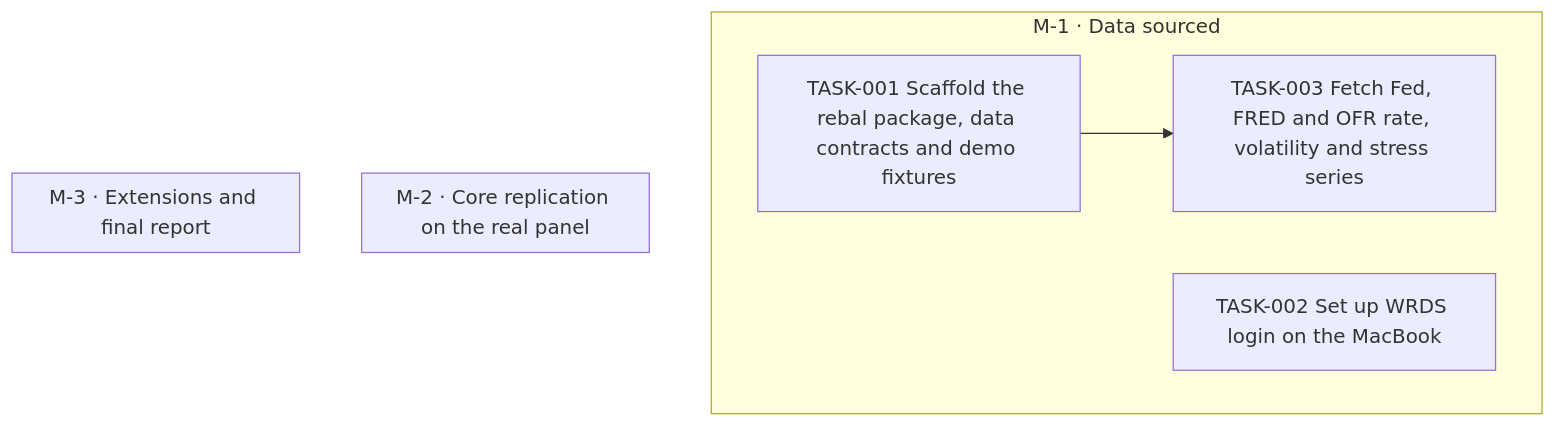
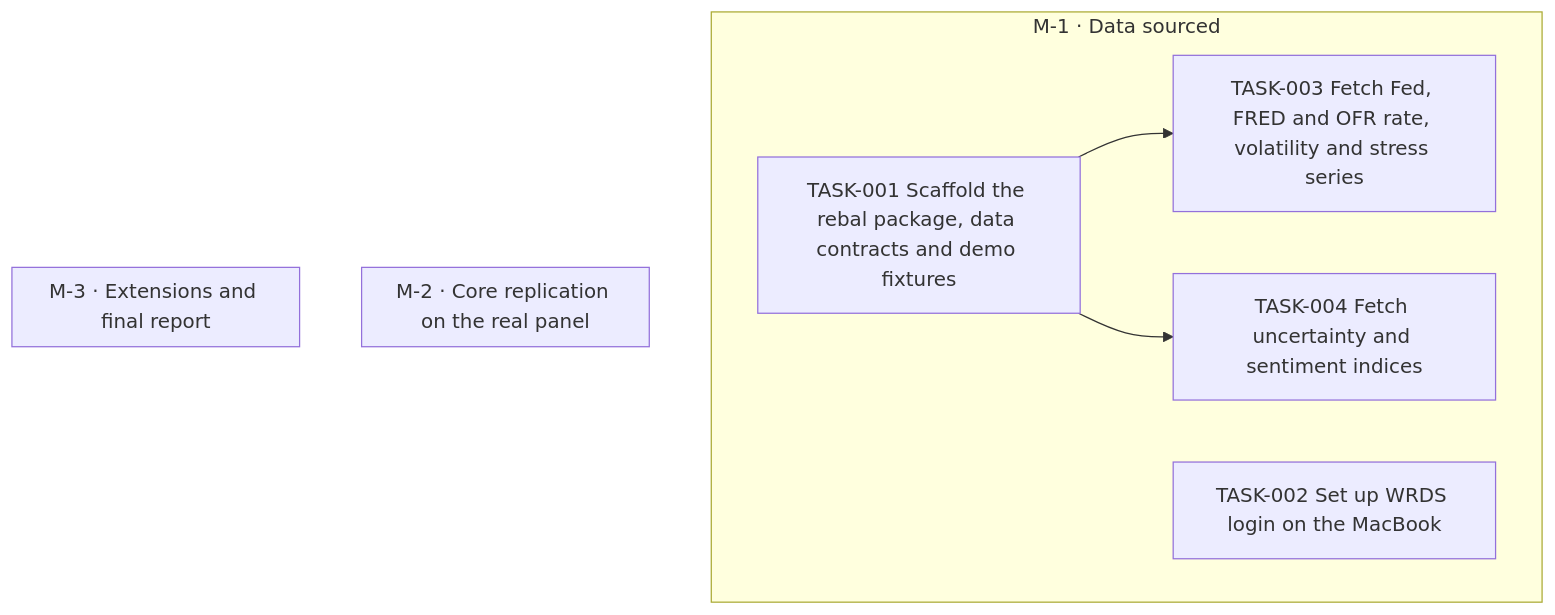
Before and after one commit to jesusvillota/replicate: the diagram in goals/hmm-rebalancing/README.md, drawn with Mermaid. The commit also changed 1 other file, not shown here.

Commit message:
goal(hmm-rebalancing): add TASK-004 Fetch uncertainty and sentiment indices

````diff
--- a/goals/hmm-rebalancing/README.md
+++ b/goals/hmm-rebalancing/README.md
@@ -126,16 +126,18 @@
 ```mermaid
 flowchart TD
   subgraph M_1["M-1 · Data sourced"]
     TASK_001["TASK-001 Scaffold the rebal package, data contracts and demo fixtures"]
     TASK_002["TASK-002 Set up WRDS login on the MacBook"]
     TASK_003["TASK-003 Fetch Fed, FRED and OFR rate, volatility and stress series"]
+    TASK_004["TASK-004 Fetch uncertainty and sentiment indices"]
   end
   subgraph M_2["M-2 · Core replication on the real panel"]
   end
   subgraph M_3["M-3 · Extensions and final report"]
   end
   TASK_001 --> TASK_003
+  TASK_001 --> TASK_004
   classDef draft stroke-dasharray: 4 3
   classDef cancelled opacity:0.45
   classDef decision fill:#f3e8ff,stroke:#7c3aed
 ```
````
